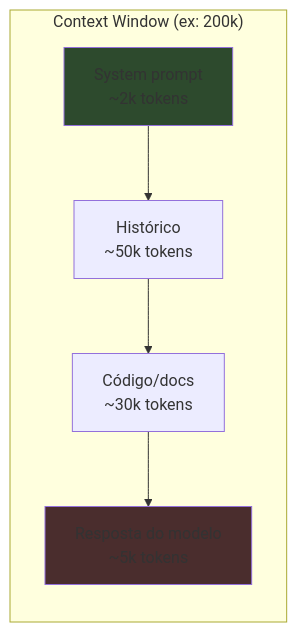
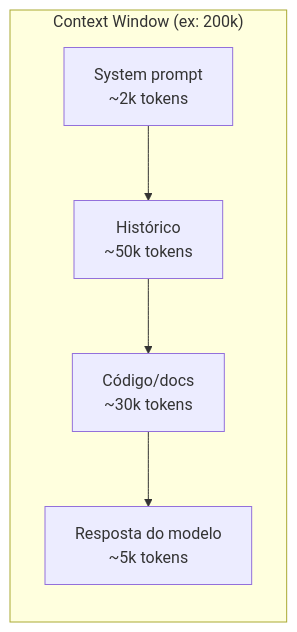
One commit to josenaldo/codex-technomanticus changed the first of 2 diagrams in 03-Dominios/IA/Anatomia dos LLMs/03 - A janela de contexto.md. Above: the diagram before and after it, drawn with Mermaid. The commit also changed other lines of this file and 2 other files, not shown here.

````diff
--- a/03-Dominios/IA/Anatomia dos LLMs/03 - A janela de contexto.md
+++ b/03-Dominios/IA/Anatomia dos LLMs/03 - A janela de contexto.md
@@ -46,10 +46,8 @@
 ```mermaid
 graph LR
     subgraph "Context Window (ex: 200k)"
         A["System prompt<br>~2k tokens"] --> B["Histórico<br>~50k tokens"]
         B --> C["Código/docs<br>~30k tokens"]
         C --> D["Resposta do modelo<br>~5k tokens"]
     end
-    style A fill:#2d4a2d
-    style D fill:#4a2d2d
 ```
````
